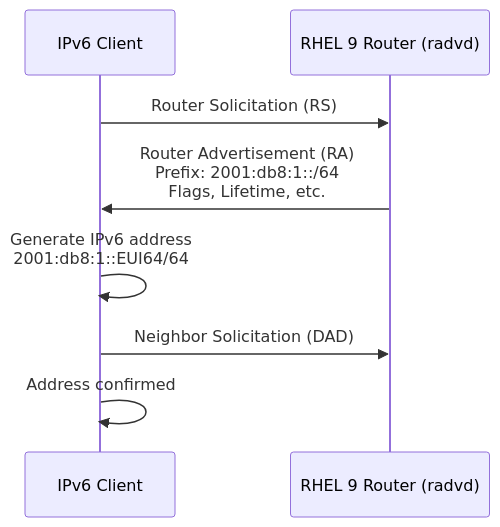
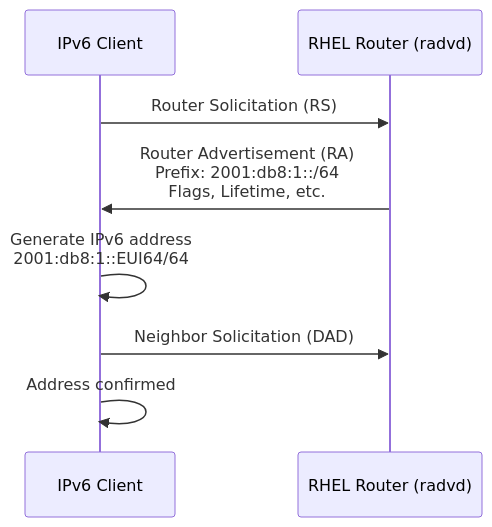
The diagram in posts/2026-03-04-configure-ipv6-router-advertisements-rhel-9/README.md (OneUptime/blog), drawn with Mermaid before and after one commit. The commit also changed other lines of this file and 4866 other files, not shown here.

````diff
--- a/posts/2026-03-04-configure-ipv6-router-advertisements-rhel-9/README.md
+++ b/posts/2026-03-04-configure-ipv6-router-advertisements-rhel-9/README.md
@@ -17,10 +17,10 @@
 ```mermaid
 sequenceDiagram
     participant Client as IPv6 Client
-    participant Router as RHEL 9 Router (radvd)
+    participant Router as RHEL Router (radvd)
     Client->>Router: Router Solicitation (RS)
     Router->>Client: Router Advertisement (RA)<br>Prefix: 2001:db8:1::/64<br>Flags, Lifetime, etc.
     Client->>Client: Generate IPv6 address<br>2001:db8:1::EUI64/64
     Client->>Router: Neighbor Solicitation (DAD)
     Client->>Client: Address confirmed
 ```
````
